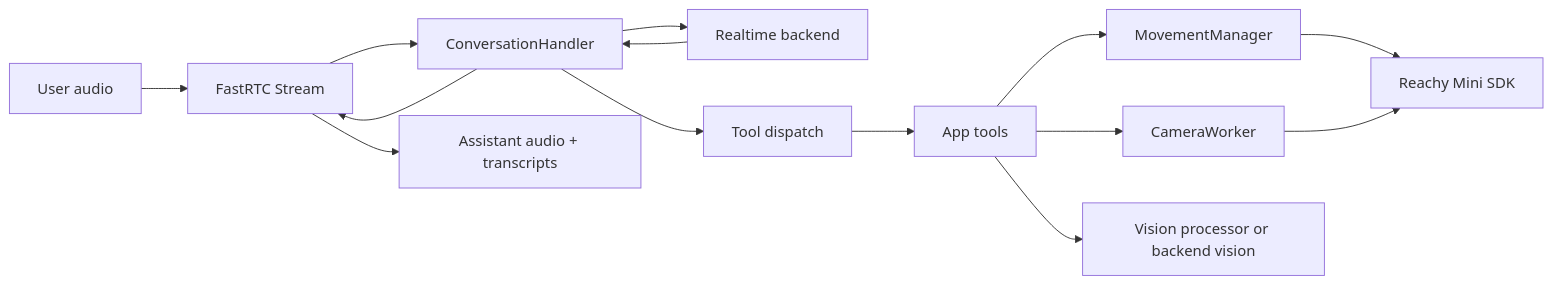
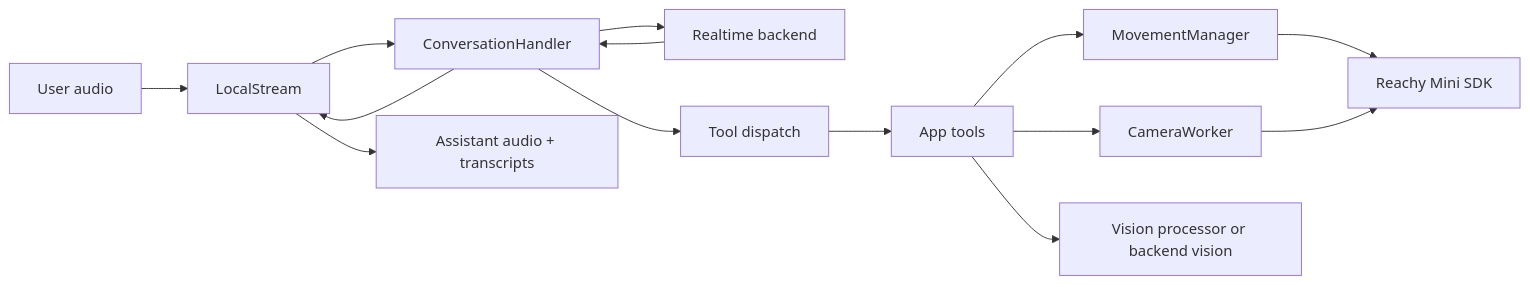
One commit to mvr46/ibuki-demo changed the diagram in docs/ARCHITECTURE.md. Above: the diagram before and after it, drawn with Mermaid. The commit also changed other lines of this file and 156 other files, not shown here.

````diff
--- a/docs/ARCHITECTURE.md
+++ b/docs/ARCHITECTURE.md
@@ -12,16 +12,16 @@
 ```mermaid
 flowchart LR
-    User["User audio"] --> FastRTC["FastRTC Stream"]
-    FastRTC --> Handler["ConversationHandler"]
+    User["User audio"] --> LocalStream["LocalStream"]
+    LocalStream --> Handler["ConversationHandler"]
     Handler --> Backend["Realtime backend"]
     Backend --> Handler
     Handler --> ToolDispatch["Tool dispatch"]
     ToolDispatch --> Tools["App tools"]
     Tools --> Motion["MovementManager"]
     Tools --> Camera["CameraWorker"]
     Tools --> Vision["Vision processor or backend vision"]
     Motion --> Robot["Reachy Mini SDK"]
     Camera --> Robot
-    Handler --> FastRTC
-    FastRTC --> UserOut["Assistant audio + transcripts"]
+    Handler --> LocalStream
+    LocalStream --> UserOut["Assistant audio + transcripts"]
 ```
````
